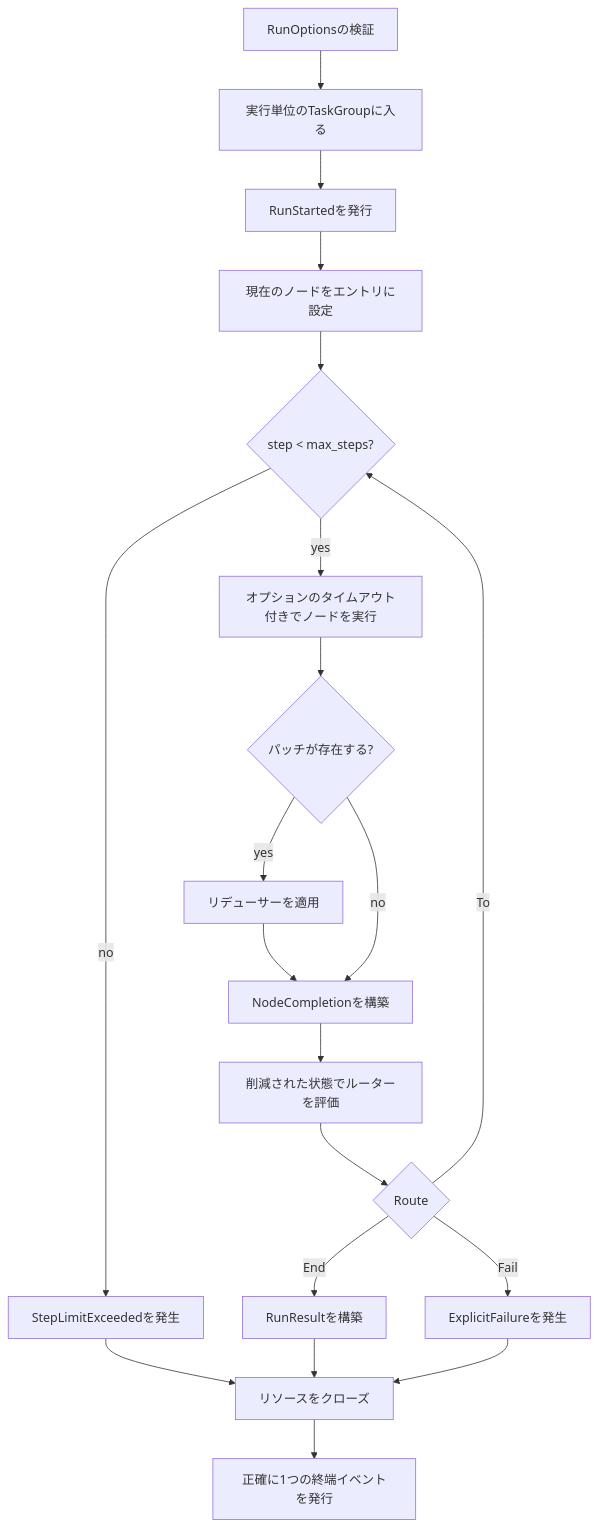
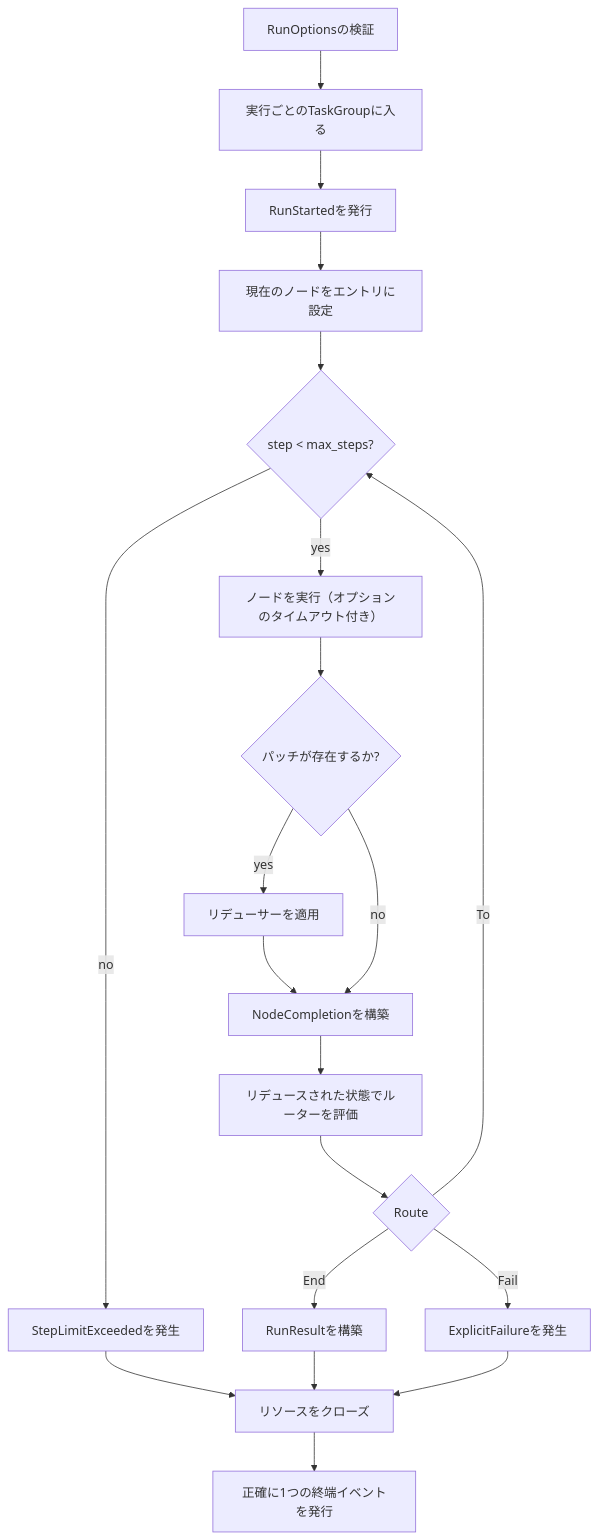
The second of 2 diagrams in mbt/package/moon-agent-graph/docs/implementation-plan.ja.md (totto2727-org/monorepo), drawn with Mermaid before and after one commit. The commit also changed other lines of this file and 15 other files, not shown here.

First line of the commit message:
fix(moon-agent-graph): use OpenCode CLI SDK

````diff
--- a/mbt/package/moon-agent-graph/docs/implementation-plan.ja.md
+++ b/mbt/package/moon-agent-graph/docs/implementation-plan.ja.md
@@ -242,22 +243,22 @@
 ```mermaid
 flowchart TD
-  Start["RunOptionsの検証"] --> Group["実行単位のTaskGroupに入る"]
+  Start["RunOptionsの検証"] --> Group["実行ごとのTaskGroupに入る"]
   Group --> EmitStart["RunStartedを発行"]
   EmitStart --> Load["現在のノードをエントリに設定"]
   Load --> Limit{"step < max_steps?"}
   Limit -->|"no"| StepError["StepLimitExceededを発生"]
-  Limit -->|"yes"| Execute["オプションのタイムアウト付きでノードを実行"]
-  Execute --> Patch{"パッチが存在する?"}
+  Limit -->|"yes"| Execute["ノードを実行（オプションのタイムアウト付き）"]
+  Execute --> Patch{"パッチが存在するか?"}
   Patch -->|"yes"| Reduce["リデューサーを適用"]
   Patch -->|"no"| Complete["NodeCompletionを構築"]
   Reduce --> Complete
-  Complete --> Route["削減された状態でルーターを評価"]
+  Complete --> Route["リデュースされた状態でルーターを評価"]
   Route --> Next{"Route"}
   Next -->|"To"| Limit
   Next -->|"End"| Success["RunResultを構築"]
   Next -->|"Fail"| RouteError["ExplicitFailureを発生"]
   Success --> Cleanup["リソースをクローズ"]
   StepError --> Cleanup
   RouteError --> Cleanup
   Cleanup --> Terminal["正確に1つの終端イベントを発行"]
 ```
````
